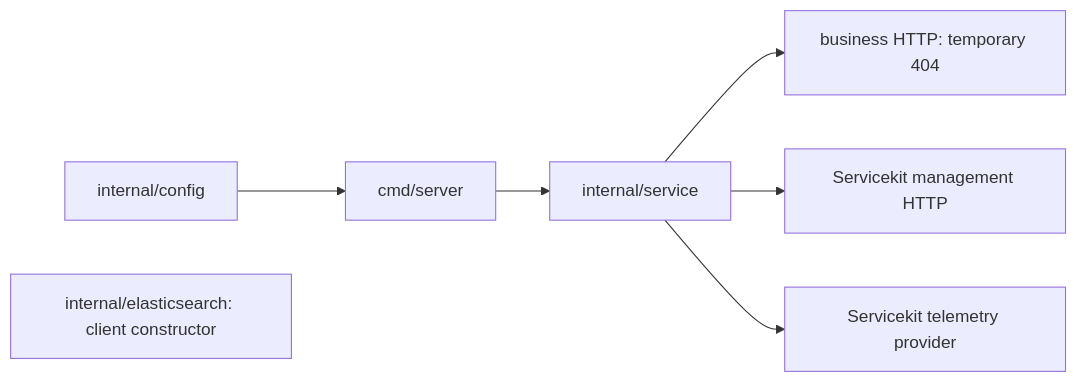
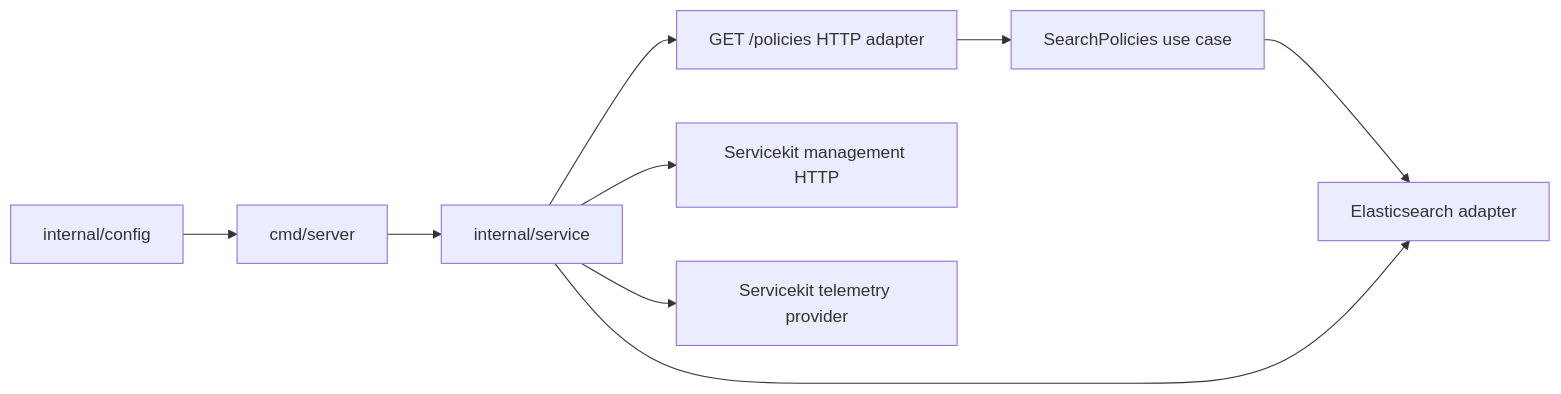
The diagram in services/policy-search-service/README.md (igor-baiborodine/insurance-hub), drawn with Mermaid before and after one commit. The commit also changed other lines of this file and 13 other files, not shown here.

First line of the commit message:
chore(policy-search): [issue-229] checkpoint HTTP query implementation

````diff
--- a/services/policy-search-service/README.md
+++ b/services/policy-search-service/README.md
@@ -52,9 +52,11 @@
 ```mermaid
 flowchart LR
     entry["cmd/server"] --> service["internal/service"]
-    service --> business["business HTTP: temporary 404"]
+    service --> business["GET /policies HTTP adapter"]
+    business --> usecase["SearchPolicies use case"]
+    usecase --> elastic["Elasticsearch adapter"]
     service --> health["Servicekit management HTTP"]
     service --> telemetry["Servicekit telemetry provider"]
     config["internal/config"] --> entry
-    elastic["internal/elasticsearch: client constructor"]
+    service --> elastic
 ```
````
